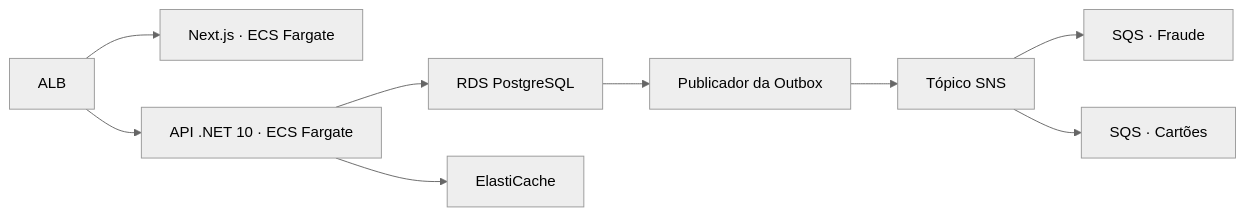
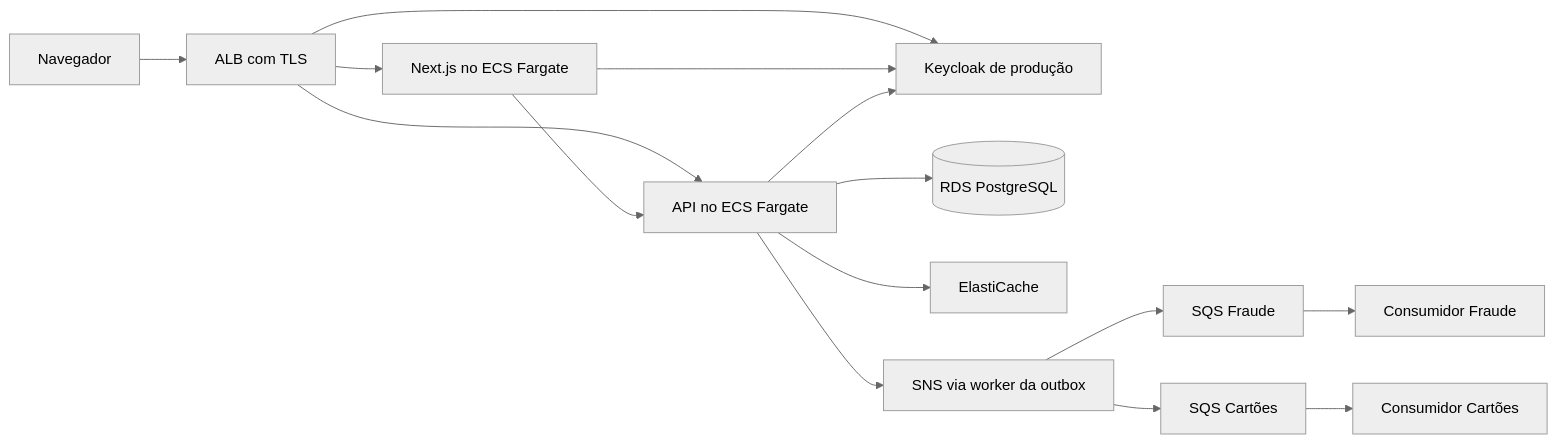
Before and after one commit to RodolphoTrinca/contas: the first of 2 diagrams in docs/aws.md, drawn with Mermaid (neutral theme). The commit also changed other lines of this file and 10 other files, not shown here.

Commit message:
docs(project): simplify guides and diagrams

````diff
--- a/docs/aws.md
+++ b/docs/aws.md
@@ -3,11 +9,17 @@
 ```mermaid
 flowchart LR
-    ALB --> Next["Next.js · ECS Fargate"]
-    ALB --> API["API .NET 10 · ECS Fargate"]
-    API --> PG["RDS PostgreSQL"]
-    API --> Cache["ElastiCache"]
-    PG --> Worker["Publicador da Outbox"]
-    Worker --> SNS["Tópico SNS"]
-    SNS --> Fraud["SQS · Fraude"]
-    SNS --> Cards["SQS · Cartões"]
+    Browser[Navegador] --> ALB[ALB com TLS]
+    ALB --> Web[Next.js no ECS Fargate]
+    ALB --> API[API no ECS Fargate]
+    ALB --> KC[Keycloak de produção]
+    Web --> API
+    Web --> KC
+    API --> KC
+    API --> PG[(RDS PostgreSQL)]
+    API --> Cache[ElastiCache]
+    API --> SNS[SNS via worker da outbox]
+    SNS --> FQ[SQS Fraude]
+    SNS --> CQ[SQS Cartões]
+    FQ --> Fraud[Consumidor Fraude]
+    CQ --> Cards[Consumidor Cartões]
 ```
````
